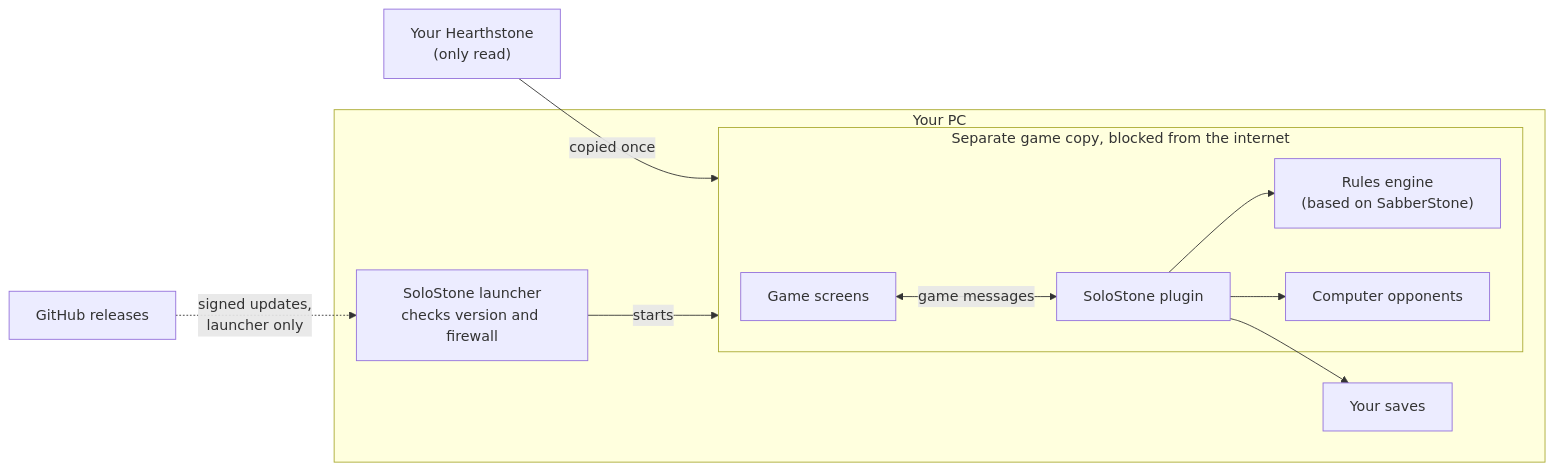
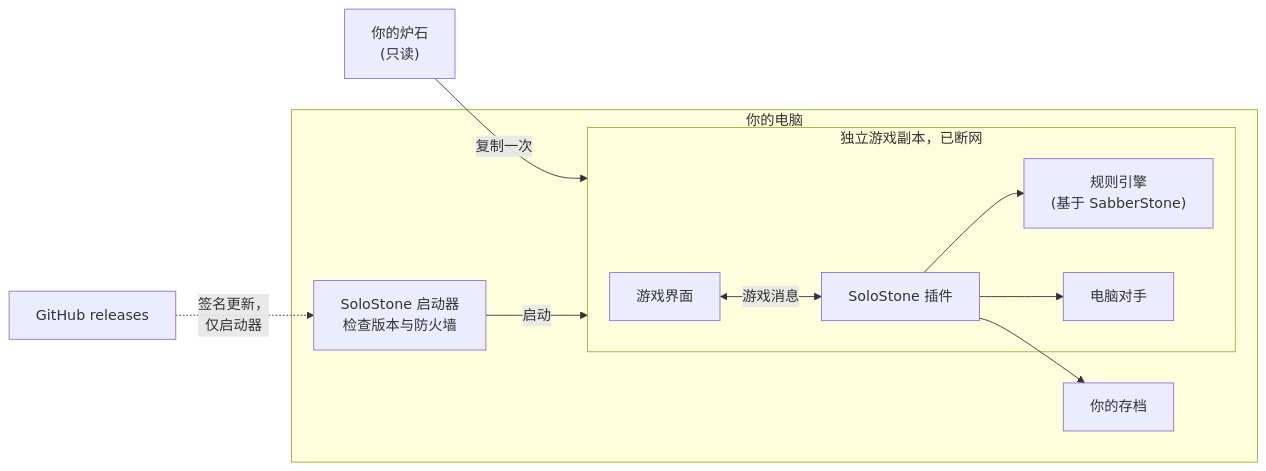
The diagram in README.md (wooluo/SoloStone-Mac), drawn with Mermaid before and after one commit. The commit also changed other lines of this file and 2 other files, not shown here.

````diff
--- a/README.md
+++ b/README.md
@@ -62,22 +54,22 @@
 ```mermaid
 flowchart LR
-    HS["Your Hearthstone<br/>(only read)"]
+    HS["你的炉石<br/>(只读)"]
     GH["GitHub releases"]
-    subgraph PC["Your PC"]
-        L["SoloStone launcher<br/>checks version and firewall"]
-        subgraph COPY["Separate game copy, blocked from the internet"]
-            UI["Game screens"]
-            P["SoloStone plugin"]
-            E["Rules engine<br/>(based on SabberStone)"]
-            AI["Computer opponents"]
+    subgraph PC["你的电脑"]
+        L["SoloStone 启动器<br/>检查版本与防火墙"]
+        subgraph COPY["独立游戏副本，已断网"]
+            UI["游戏界面"]
+            P["SoloStone 插件"]
+            E["规则引擎<br/>(基于 SabberStone)"]
+            AI["电脑对手"]
         end
-        S["Your saves"]
+        S["你的存档"]
     end
-    HS -->|copied once| COPY
-    GH -.->|signed updates,<br/>launcher only| L
-    L -->|starts| COPY
-    UI <-->|game messages| P
+    HS -->|复制一次| COPY
+    GH -.->|签名更新，<br/>仅启动器| L
+    L -->|启动| COPY
+    UI <-->|游戏消息| P
     P --> E
     P --> AI
     P --> S
 ```
````
